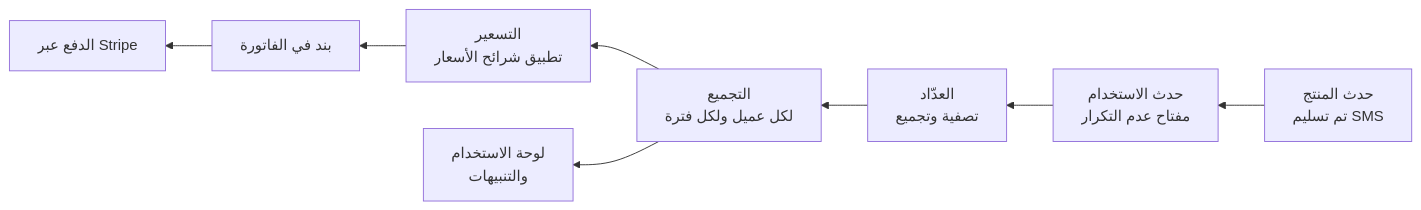
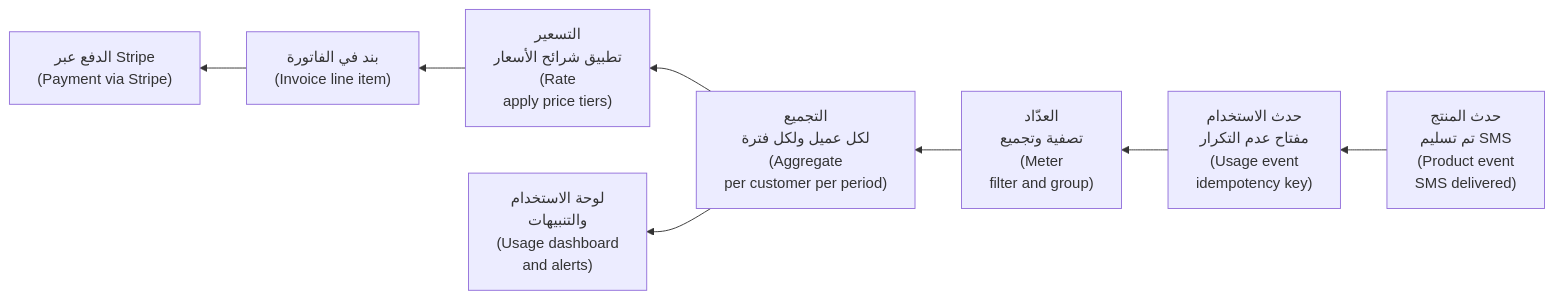
The fourth of 4 diagrams in saas/modules/03-money.ar.md (Tamoura/system-design-for-vibe-coders), drawn with Mermaid before and after one commit. The commit also changed other lines of this file and 62 other files, not shown here.

First line of the commit message:
Arabic editions: English on every diagram label, RTL fixes, rebuild

````diff
--- a/saas/modules/03-money.ar.md
+++ b/saas/modules/03-money.ar.md
@@ -625,10 +625,10 @@
 ```mermaid
 flowchart RL
-    A["حدث المنتج<br/>تم تسليم SMS"] --> B["حدث الاستخدام<br/>مفتاح عدم التكرار"]
-    B --> C["العدّاد<br/>تصفية وتجميع"]
-    C --> D["التجميع<br/>لكل عميل ولكل فترة"]
-    D --> E["التسعير<br/>تطبيق شرائح الأسعار"]
-    E --> F["بند في الفاتورة"]
-    D --> G["لوحة الاستخدام<br/>والتنبيهات"]
-    F --> H["الدفع عبر Stripe"]
+    A["حدث المنتج<br/>تم تسليم SMS<br/>(Product event<br/>SMS delivered)"] --> B["حدث الاستخدام<br/>مفتاح عدم التكرار<br/>(Usage event<br/>idempotency key)"]
+    B --> C["العدّاد<br/>تصفية وتجميع<br/>(Meter<br/>filter and group)"]
+    C --> D["التجميع<br/>لكل عميل ولكل فترة<br/>(Aggregate<br/>per customer per period)"]
+    D --> E["التسعير<br/>تطبيق شرائح الأسعار<br/>(Rate<br/>apply price tiers)"]
+    E --> F["بند في الفاتورة<br/>(Invoice line item)"]
+    D --> G["لوحة الاستخدام<br/>والتنبيهات<br/>(Usage dashboard<br/>and alerts)"]
+    F --> H["الدفع عبر Stripe<br/>(Payment via Stripe)"]
 ```
````
